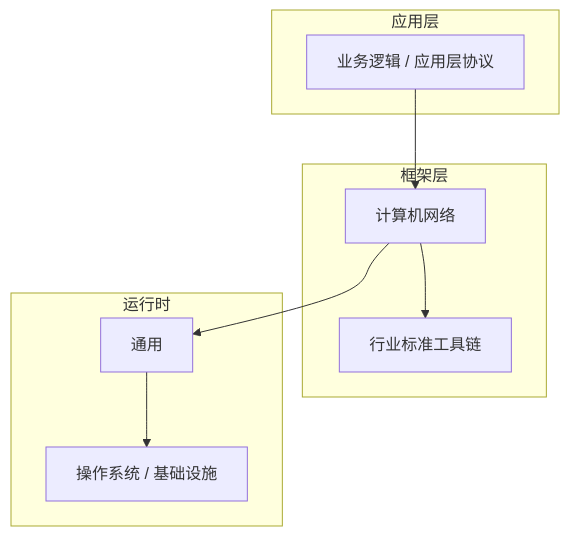
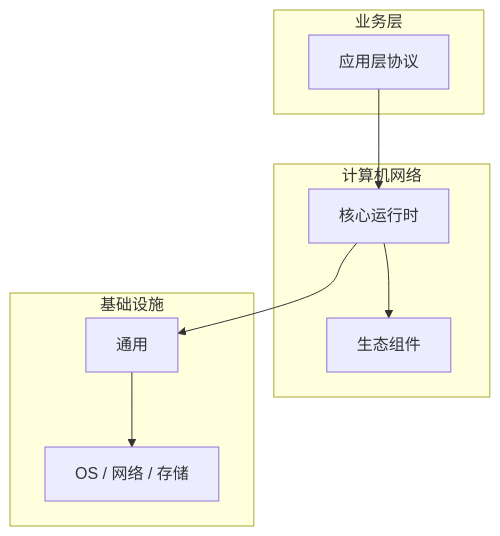
The diagram in articles/计算机网络/chapters/049-应用层协议核心概念与原理.md (yanggan2015/knowledge-json-v2), drawn with Mermaid before and after one commit. The commit also changed other lines of this file and 10127 other files, not shown here.

````diff
--- a/articles/计算机网络/chapters/049-应用层协议核心概念与原理.md
+++ b/articles/计算机网络/chapters/049-应用层协议核心概念与原理.md
@@ -45,18 +34,18 @@
 ```mermaid
 graph TB
-    subgraph 应用层
-        A[业务逻辑 / 应用层协议]
+    subgraph 业务层
+        A[应用层协议]
     end
-    subgraph 框架层
-        B[计算机网络]
-        C[行业标准工具链]
+    subgraph 计算机网络
+        B[核心运行时]
+        C[生态组件]
     end
-    subgraph 运行时
+    subgraph 基础设施
         D[通用]
-        E[操作系统 / 基础设施]
+        E[OS / 网络 / 存储]
     end
     A --> B
     B --> C
     B --> D
     D --> E
 ```
````
